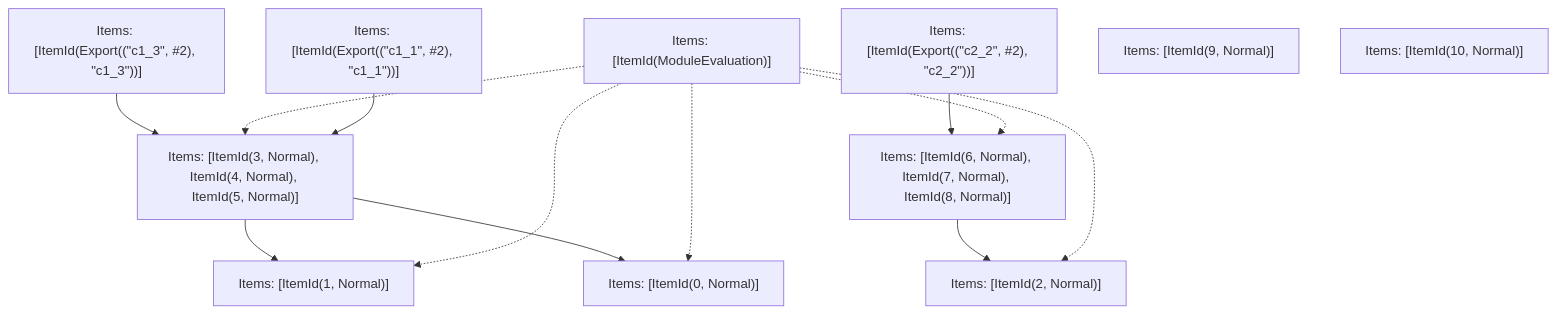
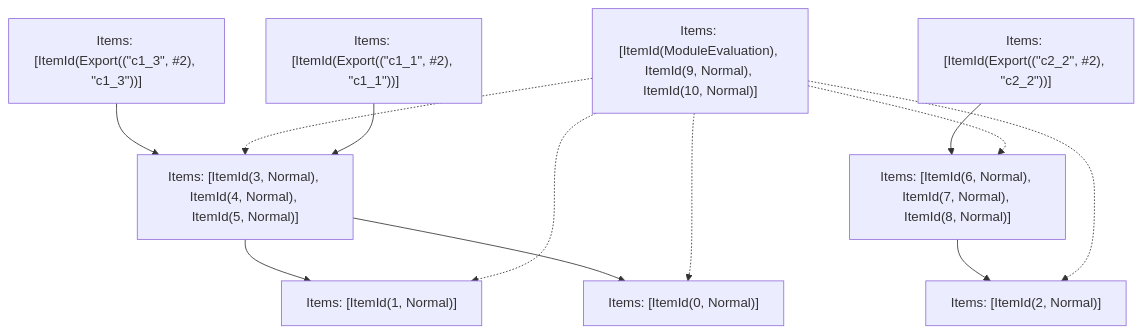
The fifth of 5 diagrams in turbopack/crates/turbopack-ecmascript/tests/tree-shaker/analyzer/3/output.md (Sonar-UX-Testing-FreePlan/next.js), drawn with Mermaid before and after one commit. The commit also changed other lines of this file and 38 other files, not shown here.

````diff
--- a/turbopack/crates/turbopack-ecmascript/tests/tree-shaker/analyzer/3/output.md
+++ b/turbopack/crates/turbopack-ecmascript/tests/tree-shaker/analyzer/3/output.md
@@ -320,25 +320,23 @@
 ```mermaid
 graph TD
-    N0["Items: [ItemId(ModuleEvaluation)]"];
+    N0["Items: [ItemId(ModuleEvaluation), ItemId(9, Normal), ItemId(10, Normal)]"];
     N1["Items: [ItemId(Export((&quot;c1_1&quot;, #2), &quot;c1_1&quot;))]"];
     N2["Items: [ItemId(Export((&quot;c1_3&quot;, #2), &quot;c1_3&quot;))]"];
     N3["Items: [ItemId(Export((&quot;c2_2&quot;, #2), &quot;c2_2&quot;))]"];
     N4["Items: [ItemId(0, Normal)]"];
     N5["Items: [ItemId(1, Normal)]"];
     N6["Items: [ItemId(2, Normal)]"];
     N7["Items: [ItemId(3, Normal), ItemId(4, Normal), ItemId(5, Normal)]"];
     N8["Items: [ItemId(6, Normal), ItemId(7, Normal), ItemId(8, Normal)]"];
-    N9["Items: [ItemId(9, Normal)]"];
-    N10["Items: [ItemId(10, Normal)]"];
     N2 --> N7;
     N3 --> N8;
     N7 --> N4;
     N7 --> N5;
     N8 --> N6;
     N0 -.-> N5;
     N0 -.-> N4;
     N0 -.-> N7;
     N1 --> N7;
     N0 -.-> N8;
     N0 -.-> N6;
 ```
````
